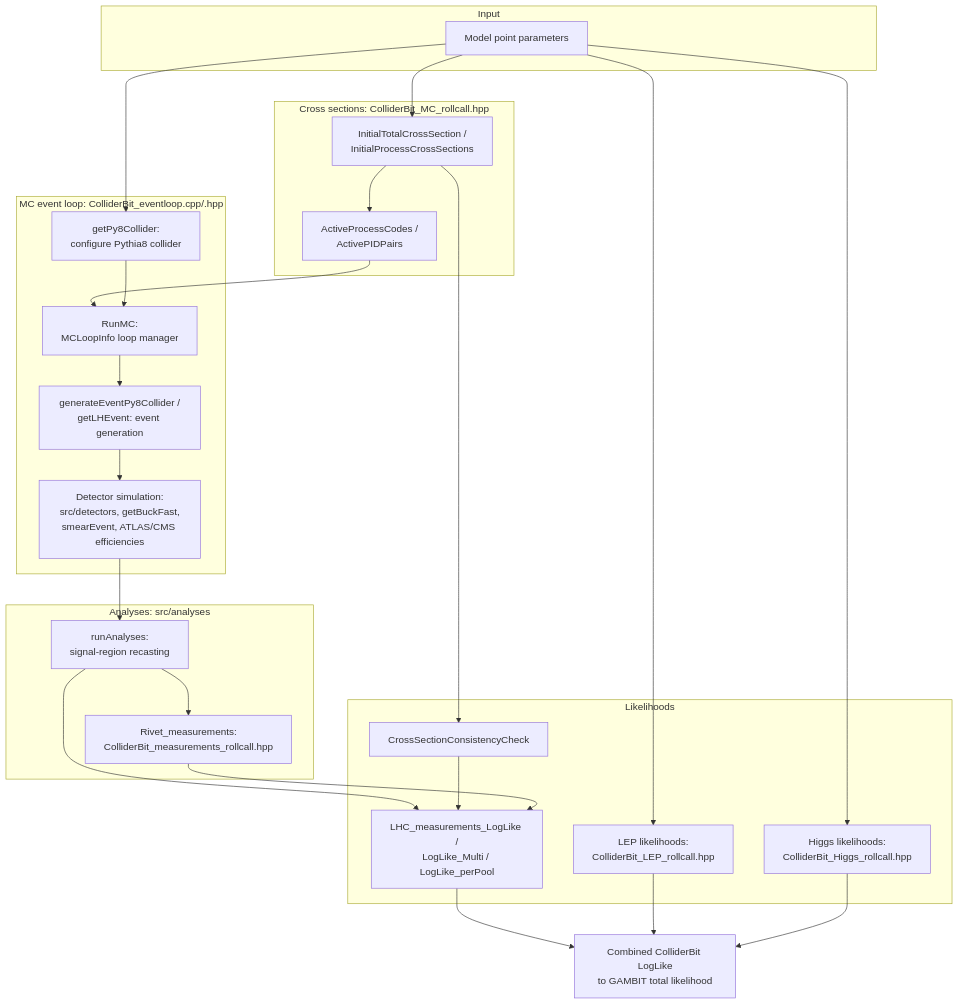
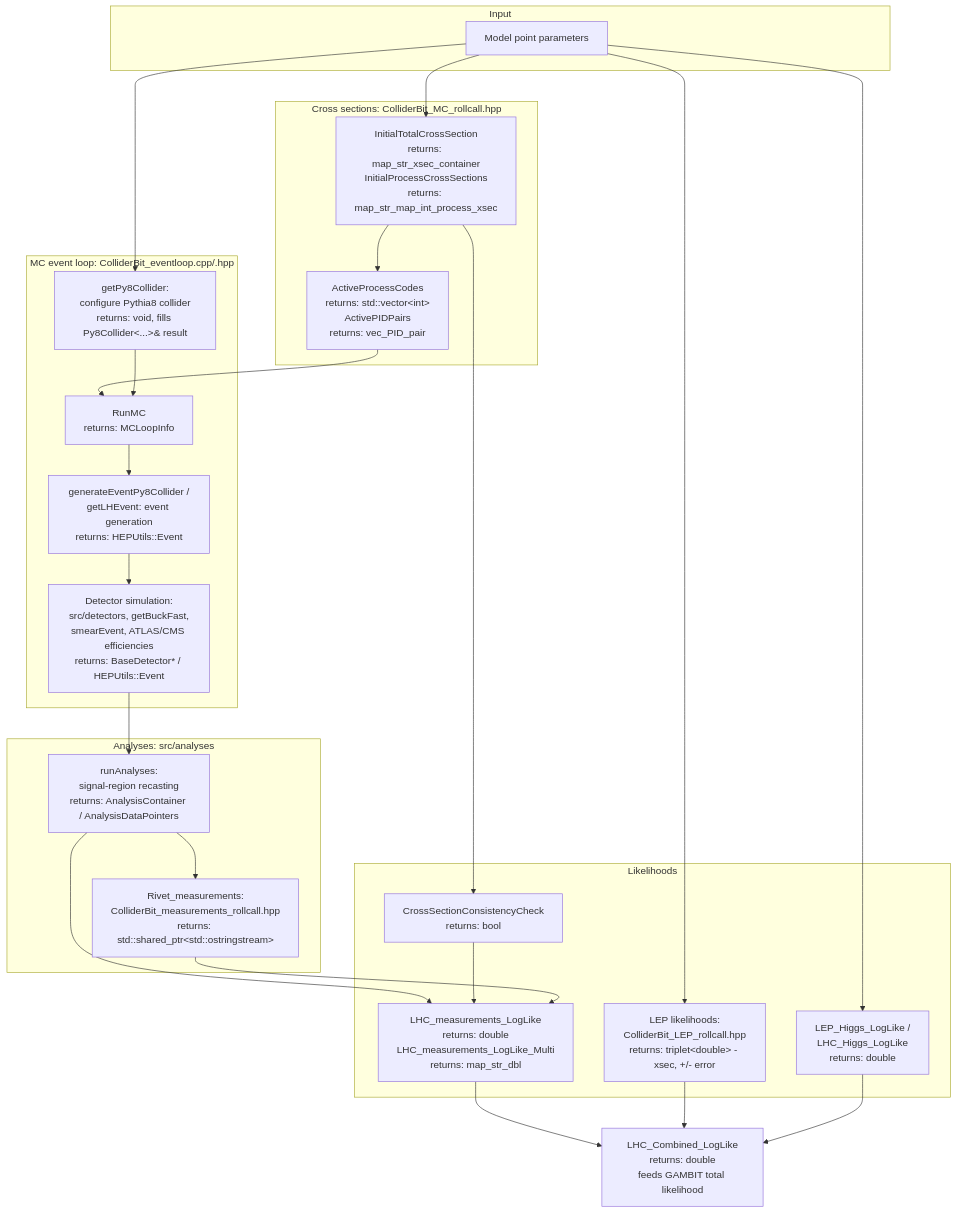
Before and after one commit to ChrisJChang/gambit_code_testing: the diagram in ColliderBit/README.md, drawn with Mermaid. The commit also changed other lines of this file, not shown here.

First line of the commit message:
Annotate ColliderBit diagram nodes with capability return types

````diff
--- a/ColliderBit/README.md
+++ b/ColliderBit/README.md
@@ -16,51 +17,51 @@
 ```mermaid
 flowchart TD
     subgraph Input
         Model[Model point parameters]
     end
 
     subgraph CrossSec["Cross sections: ColliderBit_MC_rollcall.hpp"]
-        XS["InitialTotalCrossSection /<br/>InitialProcessCrossSections"]
-        ActiveProc["ActiveProcessCodes /<br/>ActivePIDPairs"]
+        XS["InitialTotalCrossSection<br/>returns: map_str_xsec_container<br/>InitialProcessCrossSections<br/>returns: map_str_map_int_process_xsec"]
+        ActiveProc["ActiveProcessCodes<br/>returns: std::vector&lt;int&gt;<br/>ActivePIDPairs<br/>returns: vec_PID_pair"]
     end
 
     subgraph MCLoop["MC event loop: ColliderBit_eventloop.cpp/.hpp"]
-        Collider["getPy8Collider:<br/>configure Pythia8 collider"]
-        RunMC["RunMC:<br/>MCLoopInfo loop manager"]
-        GenEvent["generateEventPy8Collider /<br/>getLHEvent: event generation"]
-        Detector["Detector simulation:<br/>src/detectors, getBuckFast,<br/>smearEvent, ATLAS/CMS efficiencies"]
+        Collider["getPy8Collider:<br/>configure Pythia8 collider<br/>returns: void, fills Py8Collider&lt;...&gt;&amp; result"]
+        RunMC["RunMC<br/>returns: MCLoopInfo"]
+        GenEvent["generateEventPy8Collider /<br/>getLHEvent: event generation<br/>returns: HEPUtils::Event"]
+        Detector["Detector simulation:<br/>src/detectors, getBuckFast,<br/>smearEvent, ATLAS/CMS efficiencies<br/>returns: BaseDetector* / HEPUtils::Event"]
     end
 
     subgraph Analyses["Analyses: src/analyses"]
-        RunAnalyses["runAnalyses:<br/>signal-region recasting"]
-        Rivet["Rivet_measurements:<br/>ColliderBit_measurements_rollcall.hpp"]
+        RunAnalyses["runAnalyses:<br/>signal-region recasting<br/>returns: AnalysisContainer / AnalysisDataPointers"]
+        Rivet["Rivet_measurements:<br/>ColliderBit_measurements_rollcall.hpp<br/>returns: std::shared_ptr&lt;std::ostringstream&gt;"]
     end
 
     subgraph LL["Likelihoods"]
-        XsecConsistency["CrossSectionConsistencyCheck"]
-        LHCLogLike["LHC_measurements_LogLike /<br/>LogLike_Multi / LogLike_perPool"]
-        LEPLogLike["LEP likelihoods:<br/>ColliderBit_LEP_rollcall.hpp"]
-        HiggsLogLike["Higgs likelihoods:<br/>ColliderBit_Higgs_rollcall.hpp"]
+        XsecConsistency["CrossSectionConsistencyCheck<br/>returns: bool"]
+        LHCLogLike["LHC_measurements_LogLike<br/>returns: double<br/>LHC_measurements_LogLike_Multi<br/>returns: map_str_dbl"]
+        LEPLogLike["LEP likelihoods:<br/>ColliderBit_LEP_rollcall.hpp<br/>returns: triplet&lt;double&gt; - xsec, +/- error"]
+        HiggsLogLike["LEP_Higgs_LogLike /<br/>LHC_Higgs_LogLike<br/>returns: double"]
     end
 
-    Output["Combined ColliderBit LogLike<br/>to GAMBIT total likelihood"]
+    Output["LHC_Combined_LogLike<br/>returns: double<br/>feeds GAMBIT total likelihood"]
 
     Model --> XS
     Model --> Collider
     XS --> ActiveProc
     ActiveProc --> RunMC
     Collider --> RunMC
     RunMC --> GenEvent
     GenEvent --> Detector
     Detector --> RunAnalyses
     RunAnalyses --> Rivet
     RunAnalyses --> LHCLogLike
     XS --> XsecConsistency
     XsecConsistency --> LHCLogLike
     Rivet --> LHCLogLike
     Model --> LEPLogLike
     Model --> HiggsLogLike
     LHCLogLike --> Output
     LEPLogLike --> Output
     HiggsLogLike --> Output
 ```
````
